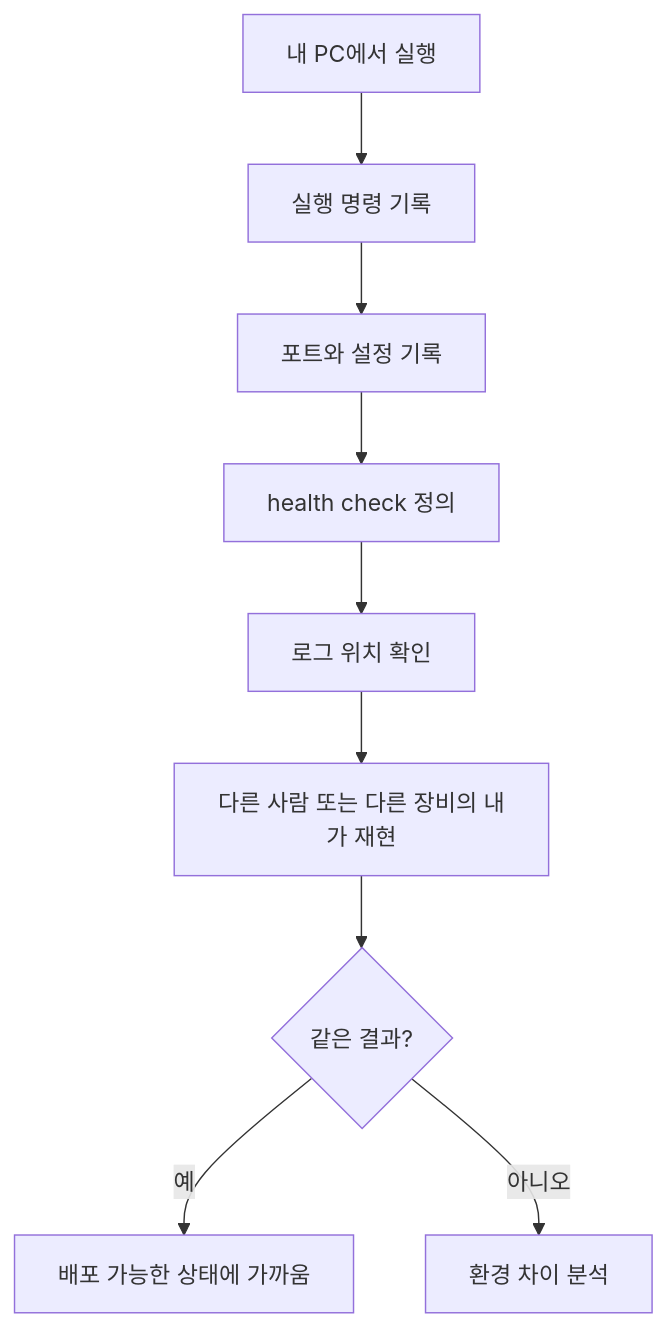
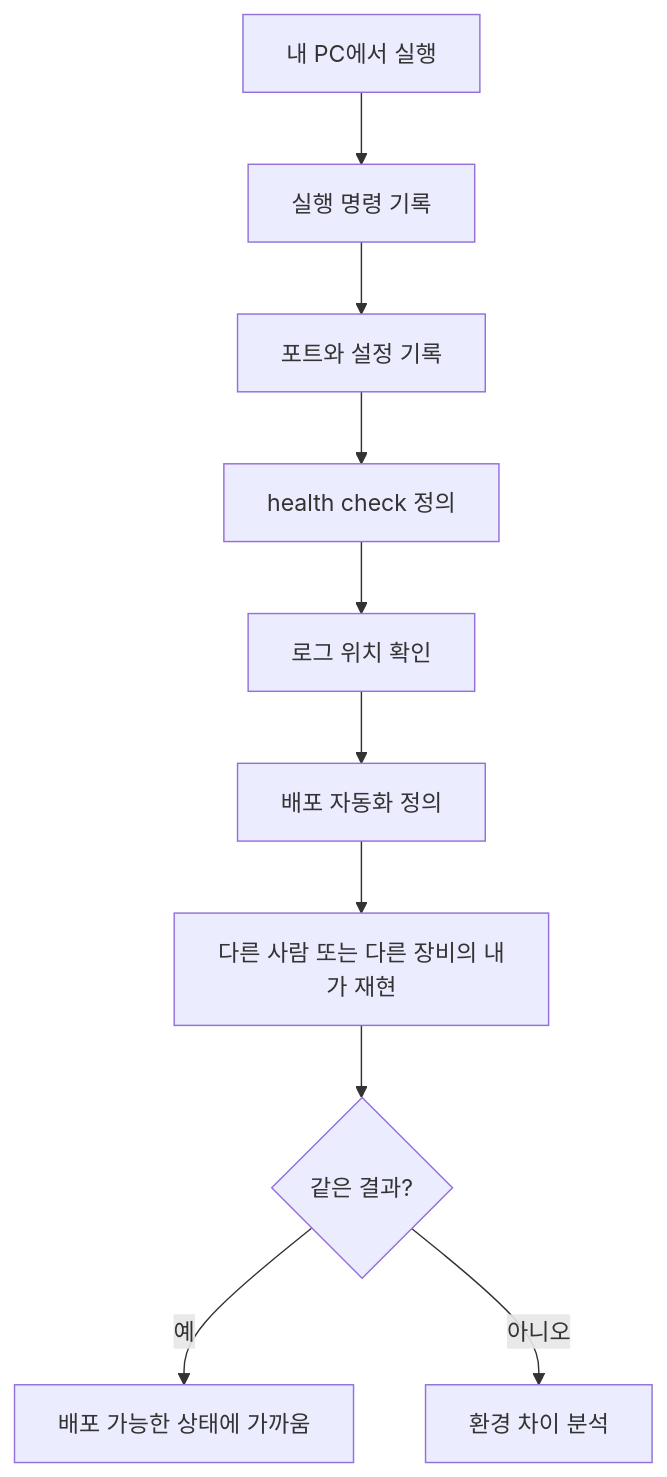
The diagram in week1/day3/lesson-01.md (niceguy61/kdt_devops_lecture_2026_rev2), drawn with Mermaid before and after one commit. The commit also changed other lines of this file, not shown here.

````diff
--- a/week1/day3/lesson-01.md
+++ b/week1/day3/lesson-01.md
@@ -132,11 +189,12 @@
 ```mermaid
 flowchart TD
     A["내 PC에서 실행"] --> B["실행 명령 기록"]
     B --> C["포트와 설정 기록"]
     C --> D["health check 정의"]
     D --> E["로그 위치 확인"]
-    E --> F["다른 사람 또는 다른 장비의 내가 재현"]
-    F --> G{"같은 결과?"}
-    G -- "예" --> H["배포 가능한 상태에 가까움"]
-    G -- "아니오" --> I["환경 차이 분석"]
+    E --> F["배포 자동화 정의"]
+    F --> G["다른 사람 또는 다른 장비의 내가 재현"]
+    G --> H{"같은 결과?"}
+    H -- "예" --> I["배포 가능한 상태에 가까움"]
+    H -- "아니오" --> J["환경 차이 분석"]
 ```
````
